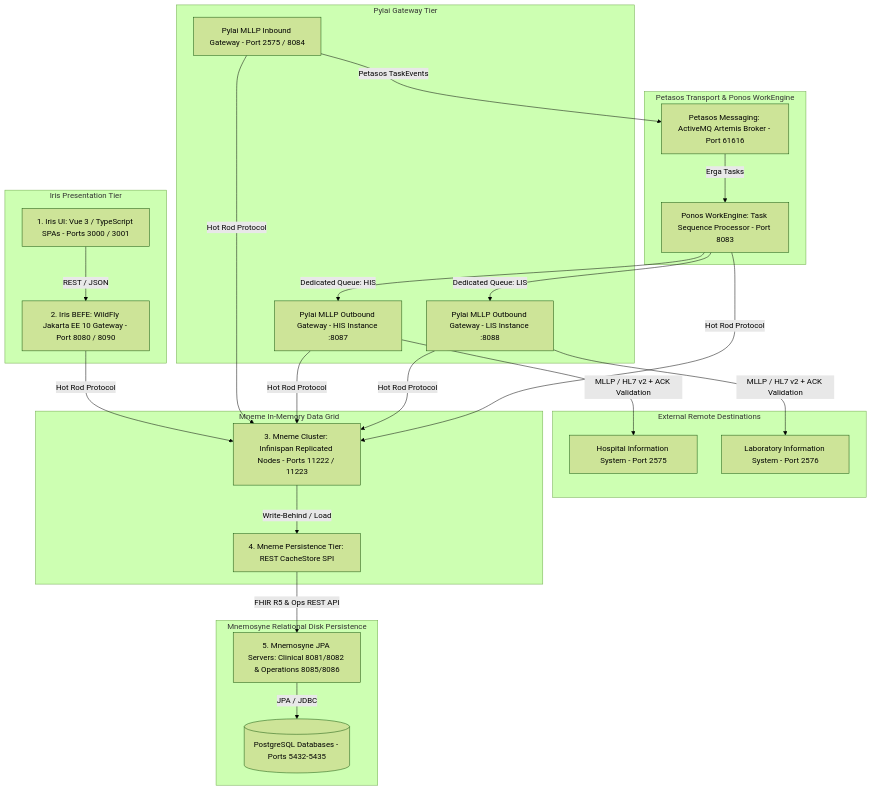
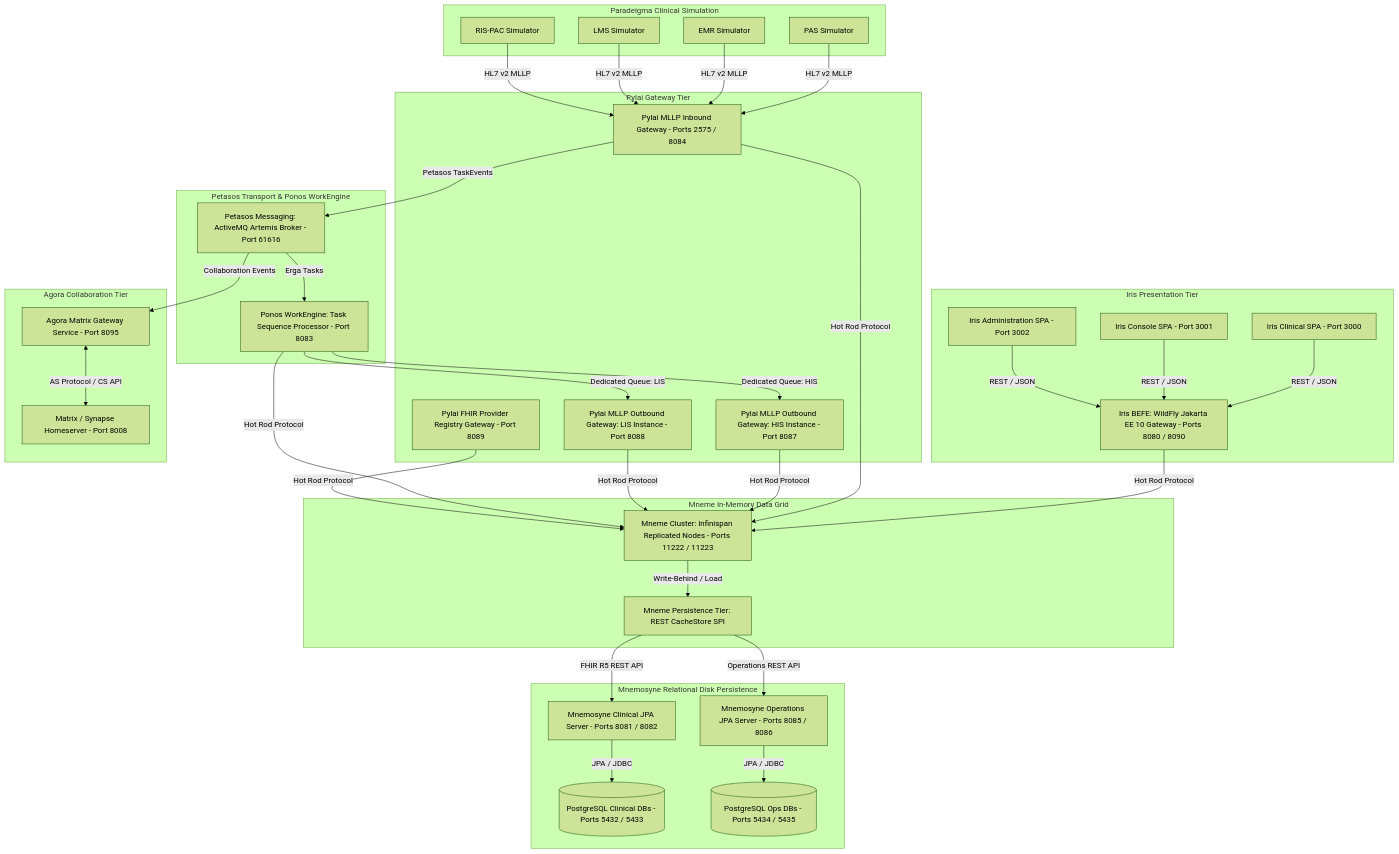
One commit to fhirfactory/harmonia changed the diagram in README.md. Above: the diagram before and after it, drawn with Mermaid (forest theme). The commit also changed other lines of this file and 3 other files, not shown here.

````diff
--- a/README.md
+++ b/README.md
@@ -34,48 +36,69 @@
 ```mermaid
 graph TD
   subgraph Iris Presentation Tier
-    UI[1. Iris UI: Vue 3 / TypeScript SPAs - Ports 3000 / 3001]
-    BEFE[2. Iris BEFE: WildFly Jakarta EE 10 Gateway - Port 8080 / 8090]
-    UI -->|REST / JSON| BEFE
+    UI_CLINICAL[Iris Clinical SPA - Port 3000]
+    UI_CONSOLE[Iris Console SPA - Port 3001]
+    UI_ADMIN[Iris Administration SPA - Port 3002]
+    BEFE[Iris BEFE: WildFly Jakarta EE 10 Gateway - Ports 8080 / 8090]
+    UI_CLINICAL -->|REST / JSON| BEFE
+    UI_CONSOLE -->|REST / JSON| BEFE
+    UI_ADMIN -->|REST / JSON| BEFE
   end
 
   subgraph Pylai Gateway Tier
-    MLLP_IN[Pylai MLLP Inbound Gateway - Port 2575 / 8084]
-    MLLP_OUT1[Pylai MLLP Outbound Gateway - HIS Instance :8087]
-    MLLP_OUT2[Pylai MLLP Outbound Gateway - LIS Instance :8088]
+    MLLP_IN[Pylai MLLP Inbound Gateway - Ports 2575 / 8084]
+    MLLP_OUT1[Pylai MLLP Outbound Gateway: HIS Instance - Port 8087]
+    MLLP_OUT2[Pylai MLLP Outbound Gateway: LIS Instance - Port 8088]
+    FHIR_REG[Pylai FHIR Provider Registry Gateway - Port 8089]
   end
 
   subgraph Petasos Transport & Ponos WorkEngine
     Petasos[Petasos Messaging: ActiveMQ Artemis Broker - Port 61616]
     Ponos[Ponos WorkEngine: Task Sequence Processor - Port 8083]
     MLLP_IN -->|Petasos TaskEvents| Petasos
     Petasos -->|Erga Tasks| Ponos
     Ponos -->|Dedicated Queue: HIS| MLLP_OUT1
     Ponos -->|Dedicated Queue: LIS| MLLP_OUT2
   end
 
-  subgraph External Remote Destinations
-    RemoteHIS[Hospital Information System - Port 2575]
-    RemoteLIS[Laboratory Information System - Port 2576]
-    MLLP_OUT1 -->|MLLP / HL7 v2 + ACK Validation| RemoteHIS
-    MLLP_OUT2 -->|MLLP / HL7 v2 + ACK Validation| RemoteLIS
+  subgraph Agora Collaboration Tier
+    AgoraService[Agora Matrix Gateway Service - Port 8095]
+    Synapse[Matrix / Synapse Homeserver - Port 8008]
+    Petasos -->|Collaboration Events| AgoraService
+    AgoraService <-->|AS Protocol / CS API| Synapse
   end
 
   subgraph Mneme In-Memory Data Grid
-    CacheCluster[3. Mneme Cluster: Infinispan Replicated Nodes - Ports 11222 / 11223]
-    PersistenceSPI[4. Mneme Persistence Tier: REST CacheStore SPI]
+    CacheCluster[Mneme Cluster: Infinispan Replicated Nodes - Ports 11222 / 11223]
+    PersistenceSPI[Mneme Persistence Tier: REST CacheStore SPI]
     CacheCluster -->|Write-Behind / Load| PersistenceSPI
     BEFE -->|Hot Rod Protocol| CacheCluster
     MLLP_IN -->|Hot Rod Protocol| CacheCluster
     MLLP_OUT1 -->|Hot Rod Protocol| CacheCluster
     MLLP_OUT2 -->|Hot Rod Protocol| CacheCluster
     Ponos -->|Hot Rod Protocol| CacheCluster
+    FHIR_REG -->|Hot Rod Protocol| CacheCluster
   end
 
   subgraph Mnemosyne Relational Disk Persistence
-    MnemosyneCluster[5. Mnemosyne JPA Servers: Clinical 8081/8082 & Operations 8085/8086]
-    DB[(PostgreSQL Databases - Ports 5432-5435)]
-    PersistenceSPI -->|FHIR R5 & Ops REST API| MnemosyneCluster
-    MnemosyneCluster -->|JPA / JDBC| DB
+    MnemosyneClinical[Mnemosyne Clinical JPA Server - Ports 8081 / 8082]
+    MnemosyneOps[Mnemosyne Operations JPA Server - Ports 8085 / 8086]
+    PostgresClinical[(PostgreSQL Clinical DBs - Ports 5432 / 5433)]
+    PostgresOps[(PostgreSQL Ops DBs - Ports 5434 / 5435)]
+    PersistenceSPI -->|FHIR R5 REST API| MnemosyneClinical
+    PersistenceSPI -->|Operations REST API| MnemosyneOps
+    MnemosyneClinical -->|JPA / JDBC| PostgresClinical
+    MnemosyneOps -->|JPA / JDBC| PostgresOps
+  end
+
+  subgraph Paradeigma Clinical Simulation
+    SimulatorPAS[PAS Simulator]
+    SimulatorEMR[EMR Simulator]
+    SimulatorLMS[LMS Simulator]
+    SimulatorRIS[RIS-PAC Simulator]
+    SimulatorPAS -->|HL7 v2 MLLP| MLLP_IN
+    SimulatorEMR -->|HL7 v2 MLLP| MLLP_IN
+    SimulatorLMS -->|HL7 v2 MLLP| MLLP_IN
+    SimulatorRIS -->|HL7 v2 MLLP| MLLP_IN
   end
 ```
````
